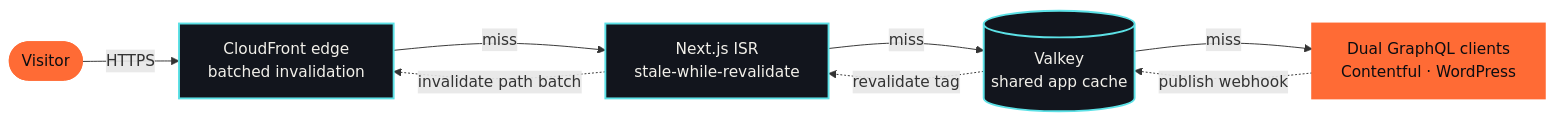
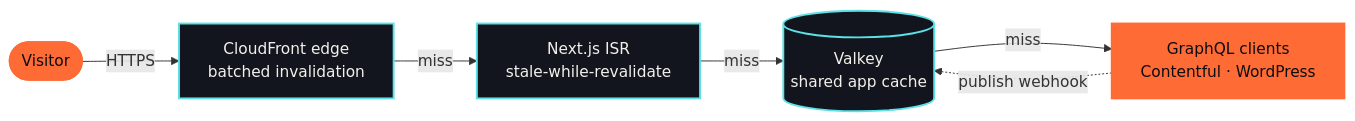
Before and after one commit to sarang999/sarang999: the second of 2 diagrams in README.md, drawn with Mermaid. The commit also changed other lines of this file, not shown here.

Commit message:
Pitch README for overseas clients: design to ship, Konnect, packages

````diff
--- a/README.md
+++ b/README.md
@@ -46,14 +128,12 @@
 ```mermaid
 flowchart LR
   U([Visitor]) -->|HTTPS| CF["CloudFront edge<br/>batched invalidation"]
   CF -->|miss| ISR["Next.js ISR<br/>stale-while-revalidate"]
   ISR -->|miss| VK[("Valkey<br/>shared app cache")]
-  VK -->|miss| GQL["Dual GraphQL clients<br/>Contentful · WordPress"]
+  VK -->|miss| GQL["GraphQL clients<br/>Contentful · WordPress"]
   GQL -.->|publish webhook| VK
-  VK -.->|revalidate tag| ISR
-  ISR -.->|invalidate path batch| CF
   classDef edge fill:#12151D,stroke:#5CE1E6,color:#F2F0EA,stroke-width:2px
   classDef hot fill:#FF6B35,stroke:#FF6B35,color:#0B0D12,stroke-width:2px
   class CF,ISR,VK edge
   class U,GQL hot
 ```
````
